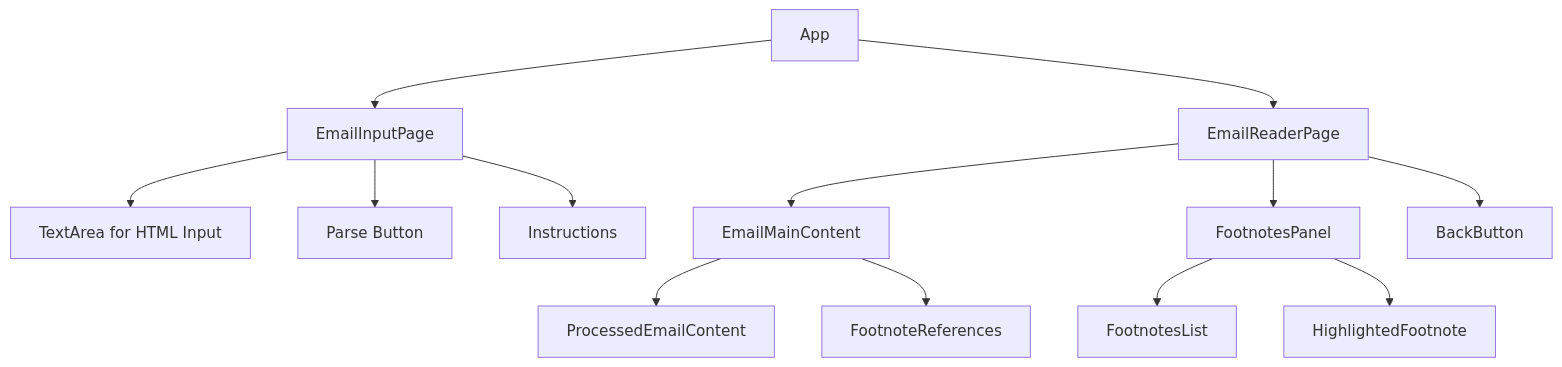
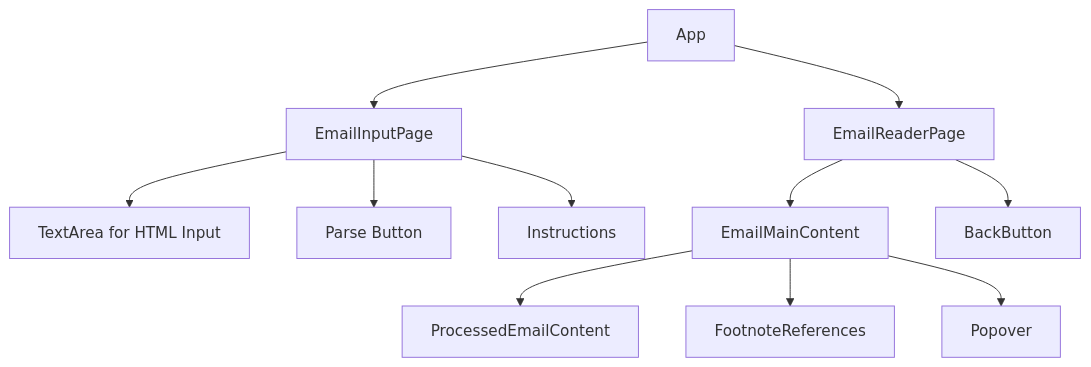
The second of 2 diagrams in ARCHITECTURE_PLAN.md (bbaros/money_reader), drawn with Mermaid before and after one commit. The commit also changed other lines of this file and 2 other files, not shown here.

First line of the commit message:
docs: update documentation to reflect popover architecture

````diff
--- a/ARCHITECTURE_PLAN.md
+++ b/ARCHITECTURE_PLAN.md
@@ -26,19 +26,16 @@
 ```mermaid
 graph TD
     A[App] --> B[EmailInputPage]
     A --> C[EmailReaderPage]
     
     B --> D[TextArea for HTML Input]
     B --> E[Parse Button]
     B --> F[Instructions]
     
     C --> G[EmailMainContent]
-    C --> H[FootnotesPanel]
     C --> I[BackButton]
     
     G --> J[ProcessedEmailContent]
     G --> K[FootnoteReferences]
-    
-    H --> L[FootnotesList]
-    H --> M[HighlightedFootnote]
+    G --> L[Popover]
 ```
````
